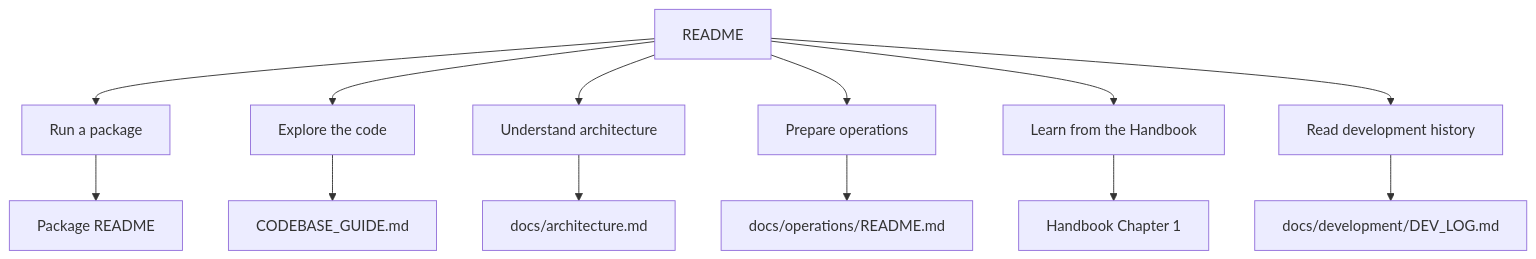
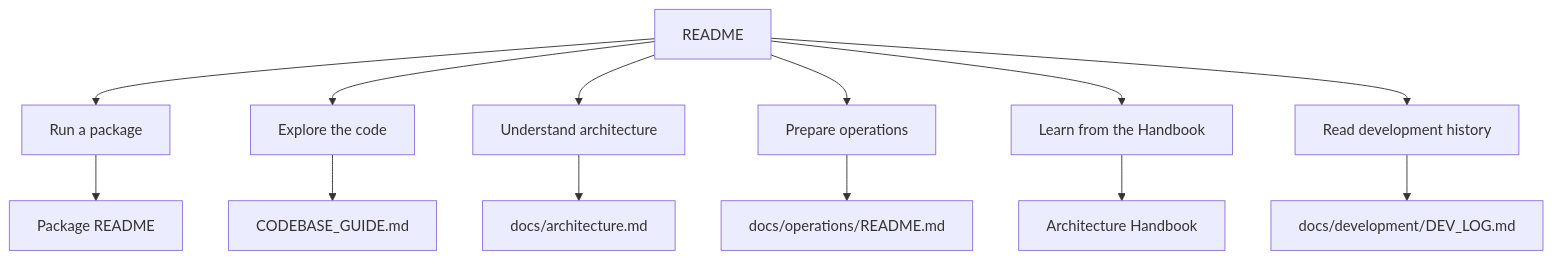
One commit to jhkr1/automation-hub changed the second of 2 diagrams in README.md. Above: the diagram before and after it, drawn with Mermaid. The commit also changed other lines of this file and 1 other file, not shown here.

Commit message:
docs(handbook): add handbook landing page

````diff
--- a/README.md
+++ b/README.md
@@ -63,16 +63,16 @@
 ```mermaid
 flowchart TD
     README[README] --> Run[Run a package]
     README --> Explore[Explore the code]
     README --> Architecture[Understand architecture]
     README --> Operate[Prepare operations]
     README --> Learn[Learn from the Handbook]
     README --> History[Read development history]
 
     Run --> PackageREADME[Package README]
     Explore --> CodeGuide[CODEBASE_GUIDE.md]
     Architecture --> RootArchitecture[docs/architecture.md]
     Operate --> Operations[docs/operations/README.md]
-    Learn --> Handbook[Handbook Chapter 1]
+    Learn --> Handbook[Architecture Handbook]
     History --> DevLog[docs/development/DEV_LOG.md]
 ```
````
